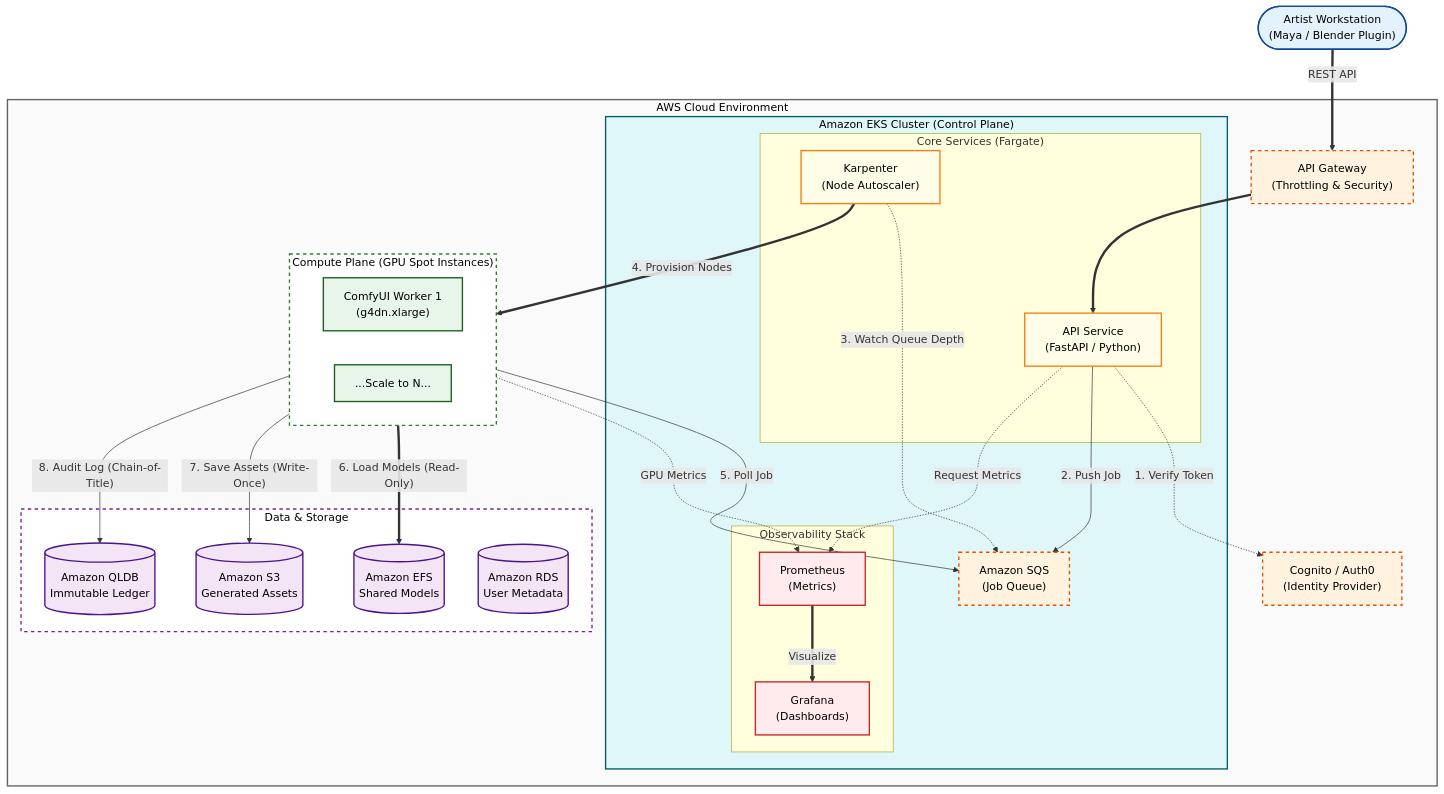
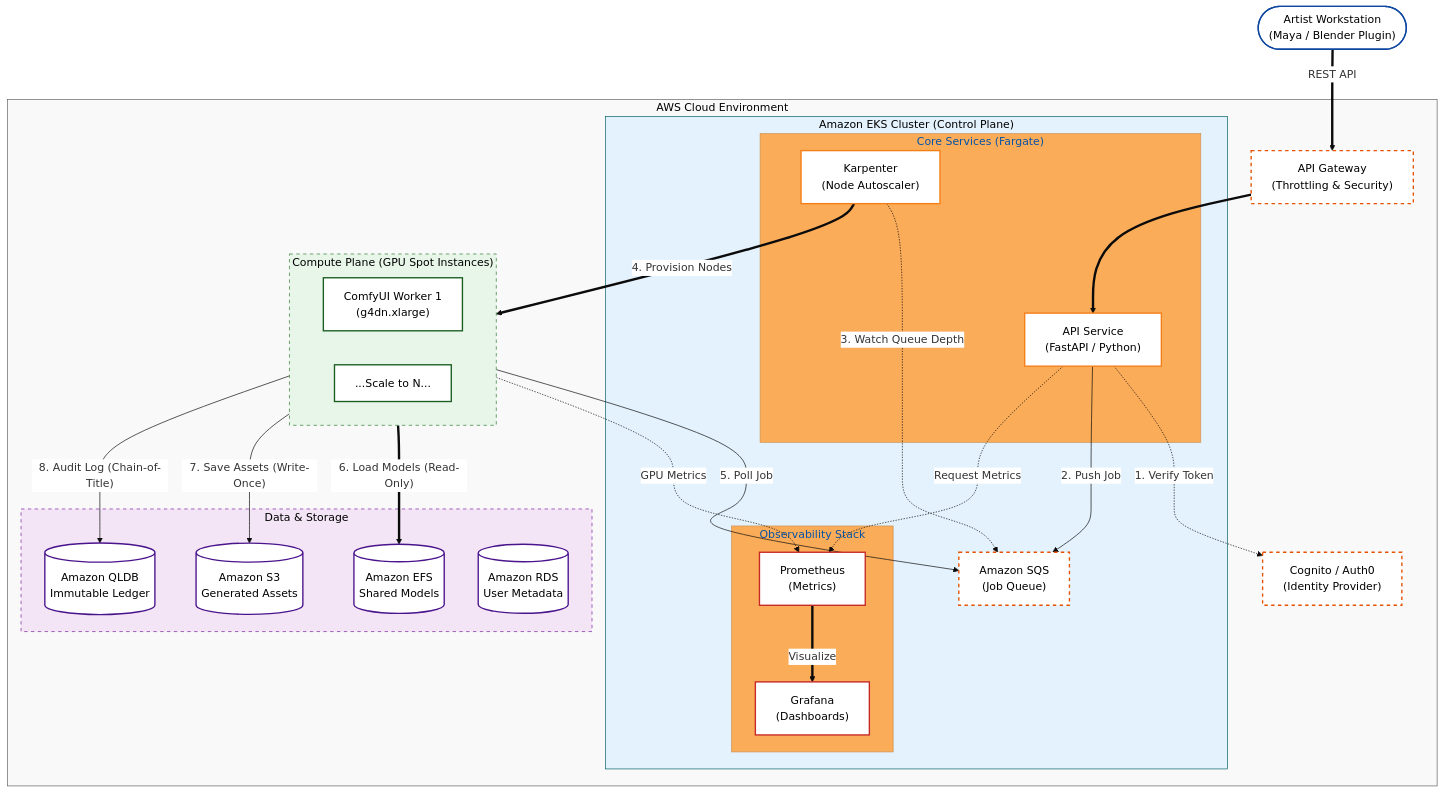
One commit to hwong5208/enterprise-genai-platform changed the diagram in README.md. Above: the diagram before and after it, drawn with Mermaid.

Commit message:
Update diagram colors for better readability

````diff
--- a/README.md
+++ b/README.md
@@ -14,73 +14,74 @@
 ```mermaid
+%%{init: {'theme': 'base', 'themeVariables': { 'primaryColor': '#ffcc00', 'edgeLabelBackground':'#ffffff', 'tertiaryColor': '#faac58'}}}%%
 graph TD
     %% --- Styles ---
-    classDef client fill:#E3F2FD,stroke:#0d47a1,stroke-width:2px,color:#000
-    classDef aws fill:#FFF3E0,stroke:#e65100,stroke-width:2px,stroke-dasharray: 5 5,color:#000
-    classDef control fill:#FFFDE7,stroke:#f57f17,stroke-width:2px,color:#000
-    classDef compute fill:#E8F5E9,stroke:#1b5e20,stroke-width:2px,color:#000
-    classDef storage fill:#F3E5F5,stroke:#4a148c,stroke-width:2px,color:#000
-    classDef monitor fill:#FFEBEE,stroke:#c62828,stroke-width:2px,color:#000
+    classDef client fill:#ffffff,stroke:#0d47a1,stroke-width:2px,color:#000000
+    classDef aws fill:#ffffff,stroke:#e65100,stroke-width:2px,stroke-dasharray: 5 5,color:#000000
+    classDef control fill:#ffffff,stroke:#f57f17,stroke-width:2px,color:#000000
+    classDef compute fill:#ffffff,stroke:#1b5e20,stroke-width:2px,color:#000000
+    classDef storage fill:#ffffff,stroke:#4a148c,stroke-width:2px,color:#000000
+    classDef monitor fill:#ffffff,stroke:#c62828,stroke-width:2px,color:#000000
 
     %% --- Nodes ---
     Client(["Artist Workstation<br/>(Maya / Blender Plugin)"]):::client
 
     subgraph AWS_Cloud ["AWS Cloud Environment"]
-        style AWS_Cloud fill:#FAFAFA,stroke:#616161,stroke-width:2px,color:#000
+        style AWS_Cloud fill:#f9f9f9,stroke:#616161,stroke-width:1px,color:#000000
         
         %% Entry & Auth
         Gateway["API Gateway<br/>(Throttling & Security)"]:::aws
         Auth["Cognito / Auth0<br/>(Identity Provider)"]:::aws
         
         %% Orchestration Layer
         subgraph EKS_Cluster ["Amazon EKS Cluster (Control Plane)"]
-            style EKS_Cluster fill:#E0F7FA,stroke:#006064,stroke-width:2px,color:#000
+            style EKS_Cluster fill:#e3f2fd,stroke:#006064,stroke-width:1px,color:#000000
             
             subgraph Services ["Core Services (Fargate)"]
                 API_Svc["API Service<br/>(FastAPI / Python)"]:::control
                 Karpenter["Karpenter<br/>(Node Autoscaler)"]:::control
             end
             
             subgraph Observability ["Observability Stack"]
                 Prometheus["Prometheus<br/>(Metrics)"]:::monitor
                 Grafana["Grafana<br/>(Dashboards)"]:::monitor
             end
             
             Queue["Amazon SQS<br/>(Job Queue)"]:::aws
         end
 
         %% Compute Layer
         subgraph Compute_Plane ["Compute Plane (GPU Spot Instances)"]
-            style Compute_Plane fill:#FFFFFF,stroke:#2E7D32,stroke-width:2px,stroke-dasharray: 5 5,color:#000
+            style Compute_Plane fill:#e8f5e9,stroke:#2E7D32,stroke-width:1px,stroke-dasharray: 5 5,color:#000000
             Worker1["ComfyUI Worker 1<br/>(g4dn.xlarge)"]:::compute
             WorkerN["...Scale to N..."]:::compute
         end
 
         %% Data Layer
         subgraph Data_Layer ["Data & Storage"]
-            style Data_Layer fill:#FFFFFF,stroke:#7B1FA2,stroke-width:2px,stroke-dasharray: 5 5,color:#000
+            style Data_Layer fill:#f3e5f5,stroke:#7B1FA2,stroke-width:1px,stroke-dasharray: 5 5,color:#000000
             EFS[("Amazon EFS<br/>Shared Models")]:::storage
             S3[("Amazon S3<br/>Generated Assets")]:::storage
             QLDB[("Amazon QLDB<br/>Immutable Ledger")]:::storage
             RDS[("Amazon RDS<br/>User Metadata")]:::storage
         end
     end
 
     %% --- Connections ---
     Client ==>|REST API| Gateway
     Gateway ==> API_Svc
     API_Svc -.->|"1. Verify Token"| Auth
     API_Svc -->|"2. Push Job"| Queue
     
     Karpenter -.->|"3. Watch Queue Depth"| Queue
     Karpenter ==>|"4. Provision Nodes"| Compute_Plane
     
     Compute_Plane -->|"5. Poll Job"| Queue
     Compute_Plane ==>|"6. Load Models (Read-Only)"| EFS
     Compute_Plane -->|"7. Save Assets (Write-Once)"| S3
     Compute_Plane -->|"8. Audit Log (Chain-of-Title)"| QLDB
     
     %% Monitoring
     Compute_Plane -.->|"GPU Metrics"| Prometheus
     API_Svc -.->|"Request Metrics"| Prometheus
     Prometheus ==>|Visualize| Grafana
 ```
````
